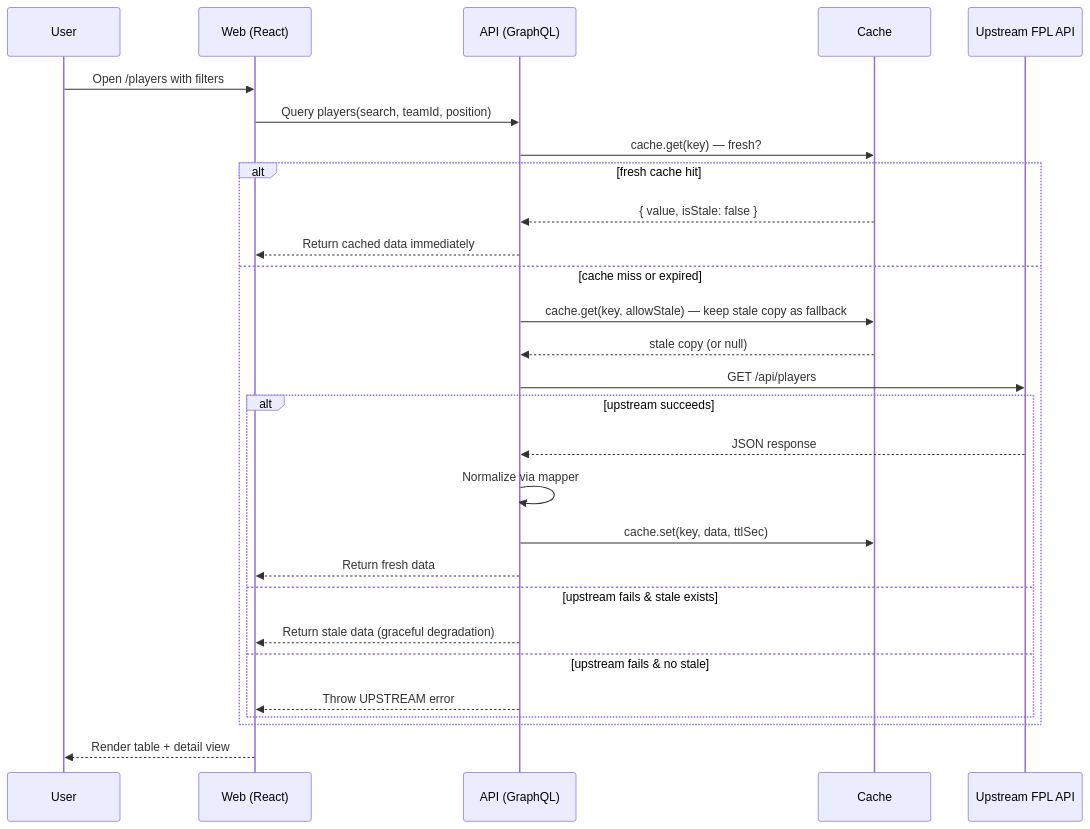
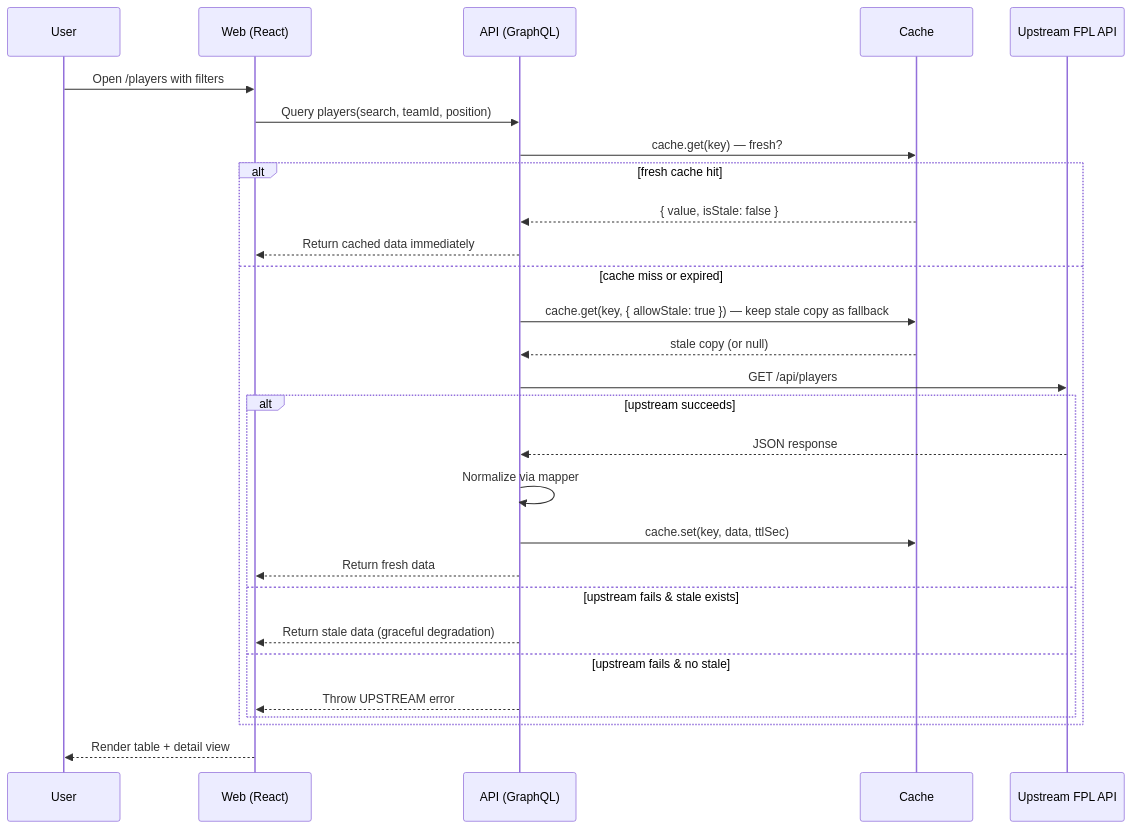
The second of 2 diagrams in README.md (garyfoxes/fpl-companion), drawn with Mermaid before and after one commit.

````diff
--- a/README.md
+++ b/README.md
@@ -45,31 +45,31 @@
 ```mermaid
 sequenceDiagram
     participant U as User
     participant W as Web (React)
     participant A as API (GraphQL)
     participant C as Cache
     participant F as Upstream FPL API
 
     U->>W: Open /players with filters
     W->>A: Query players(search, teamId, position)
     A->>C: cache.get(key) — fresh?
     alt fresh cache hit
       C-->>A: { value, isStale: false }
       A-->>W: Return cached data immediately
     else cache miss or expired
-      A->>C: cache.get(key, allowStale) — keep stale copy as fallback
+      A->>C: cache.get(key, { allowStale: true }) — keep stale copy as fallback
       C-->>A: stale copy (or null)
       A->>F: GET /api/players
       alt upstream succeeds
         F-->>A: JSON response
         A->>A: Normalize via mapper
         A->>C: cache.set(key, data, ttlSec)
         A-->>W: Return fresh data
       else upstream fails & stale exists
         A-->>W: Return stale data (graceful degradation)
       else upstream fails & no stale
         A-->>W: Throw UPSTREAM error
       end
     end
     W-->>U: Render table + detail view
 ```
````
